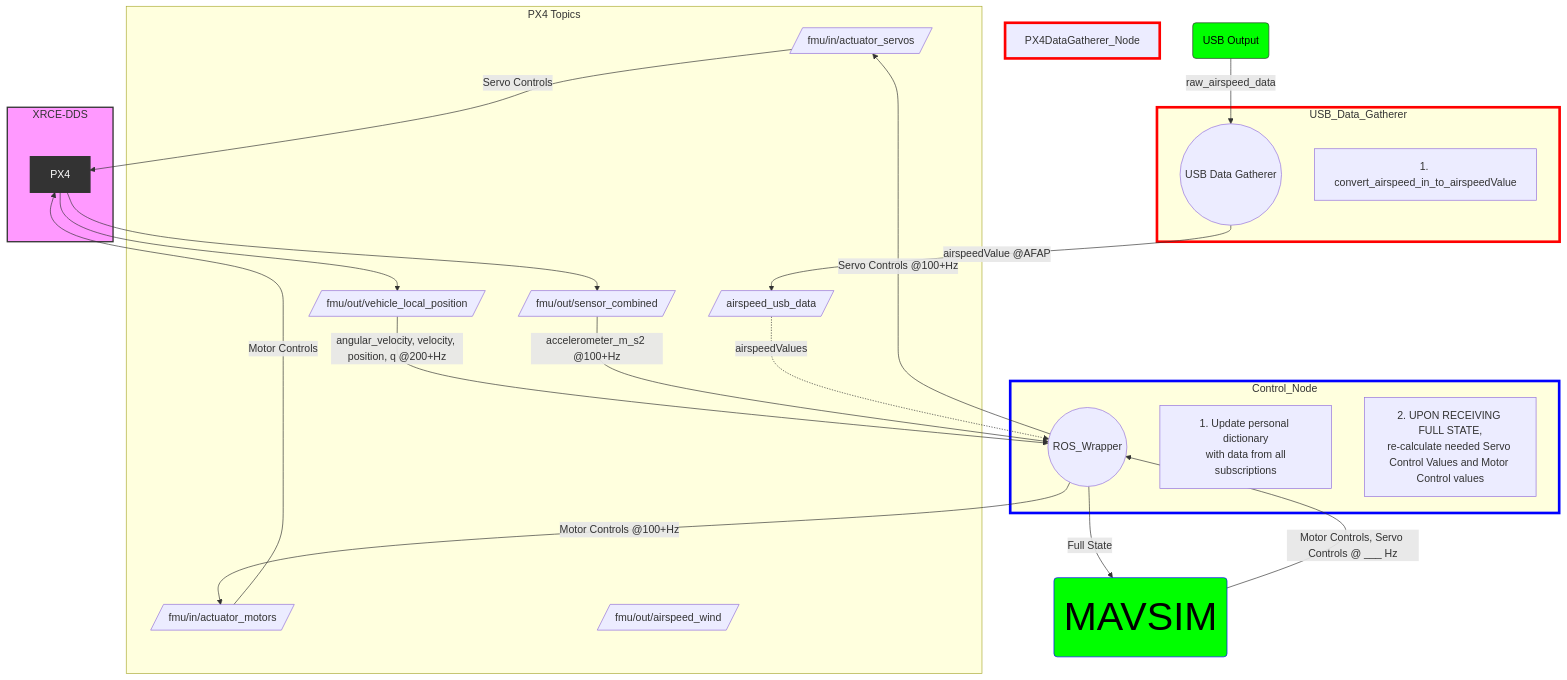
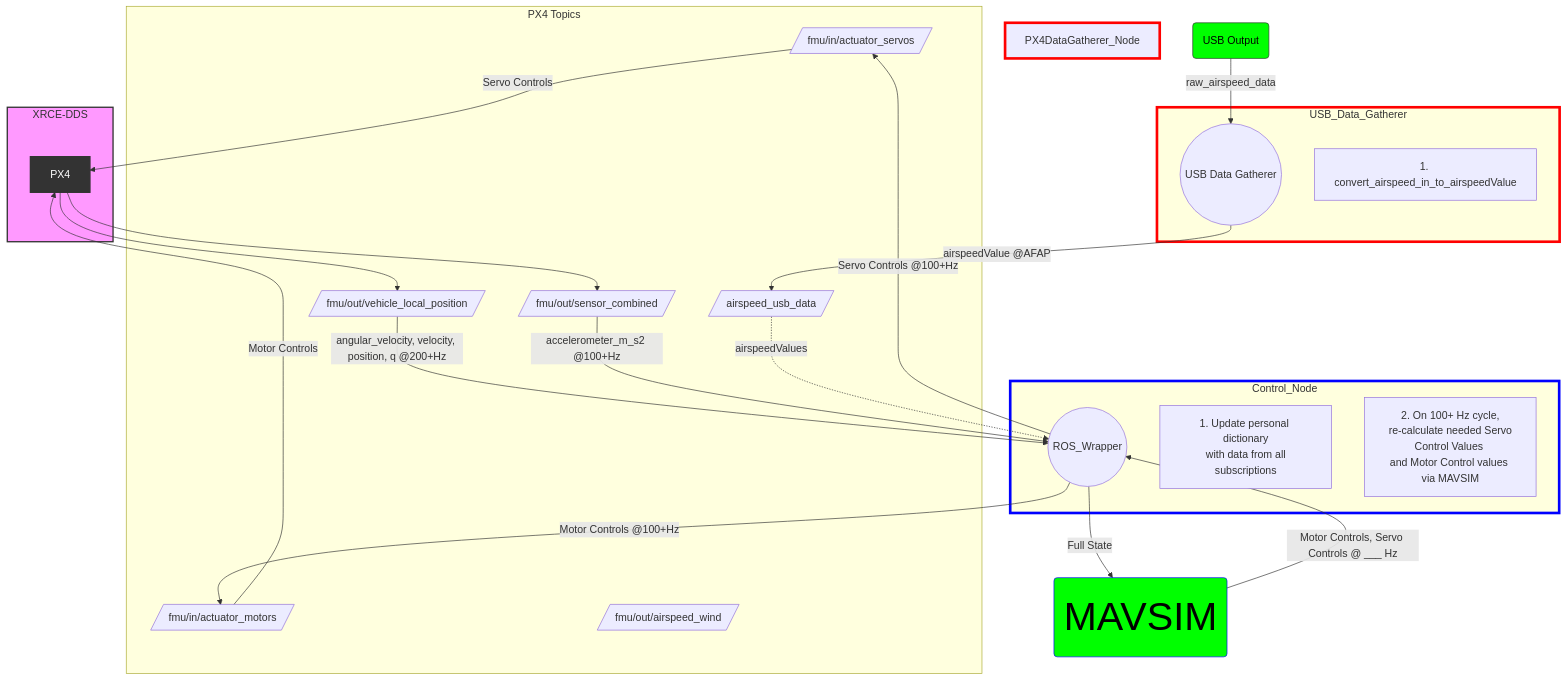
Before and after one commit to FredJones4/vtol_ctrl_ros2: the second of 3 diagrams in README.md, drawn with Mermaid. The commit also changed other lines of this file and 2 other files, not shown here.

````diff
--- a/README.md
+++ b/README.md
@@ -240,58 +257,58 @@
 ```mermaid
 graph TD
 
     subgraph PX4 Topics
         D2[/fmu/in/actuator_servos/]
         D1[/fmu/in/actuator_motors/]
         D[/fmu/out/vehicle_local_position/]
         E[/fmu/out/sensor_combined/]
         F[/airspeed_usb_data/]
         FF2[/fmu/out/airspeed_wind/]
     end
 
     H -->|Motor Controls @100+Hz| D1
     H --> |Servo Controls @100+Hz|D2
     D1 -->|Motor Controls|PX4
     D2 -->|Servo Controls|PX4
 
     subgraph USB_Data_Gatherer
         G((USB Data Gatherer))
         A2[1. convert_airspeed_in_to_airspeedValue]
        
     end
 
     USB(USB Output)
     USB -->|raw_airspeed_data| G
 
     subgraph XRCE-DDS
         PX4[PX4]
         PX4 --> D
         PX4 --> E
     end
 
     subgraph Control_Node
         H((ROS_Wrapper))
         H2[1. Update personal dictionary<br> with data from all subscriptions]
-        H1[2. UPON RECEIVING FULL STATE,<br>re-calculate needed Servo Control Values and Motor Control values]
+        H1[2. On 100+ Hz cycle,<br> re-calculate needed Servo Control Values <br>and Motor Control values via MAVSIM]
     end
     
     style Control_Node stroke-width:4px,stroke:#0000ff
     style PX4DataGatherer_Node stroke-width:4px,stroke:#ff0000
     style USB_Data_Gatherer stroke-width:4px,stroke:#ff0000
     style XRCE-DDS fill:#f9f,stroke:#333,stroke-width:2px
     style PX4 fill:#333,stroke:#333,stroke-width:2px,color:#fff
 
     style USB fill:#00ff00,stroke:#333,color:#000
 
     D -->|angular_velocity, velocity, position, q @200+Hz| H
     E -->|accelerometer_m_s2 @100+Hz| H
 
     G --> |airspeedValue @AFAP| F
     F -.->|airspeedValues| H
 
     MAVSIM(MAVSIM)
     style MAVSIM font-size:60px,fill:#00ff00,stroke:#0000ff,color:#000
 
     MAVSIM -->|Motor Controls, Servo Controls @ ___ Hz| H
     H -->|Full State| MAVSIM
 ```
````
